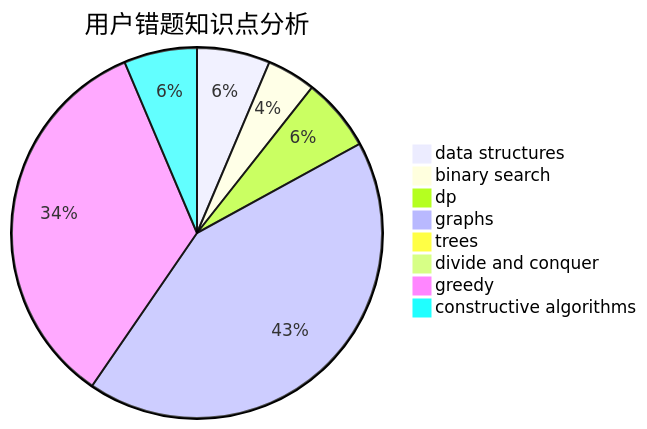
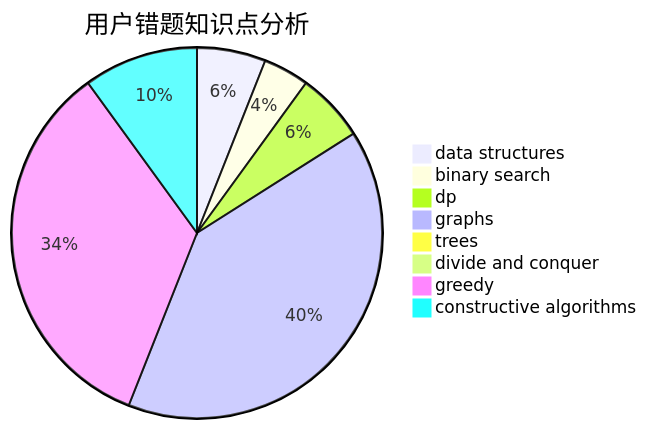
Before and after one commit to sherpahu/cfrs.github.io: the third of 3 diagrams in docs/user/u1561.md, drawn with Mermaid. The commit also changed other lines of this file and 2770 other files, not shown here.

````diff
--- a/docs/user/u1561.md
+++ b/docs/user/u1561.md
@@ -36,11 +36,11 @@
 ```mermaid
 pie title 用户错题知识点分析
     "data structures" :  3
     "binary search" :  2
     "dp" :  3
     "graphs" :  20
     "trees" :  0
     "divide and conquer" :  0
-    "greedy" :  16
-    "constructive algorithms" :  3
+    "greedy" :  17
+    "constructive algorithms" :  5
 ```
````
